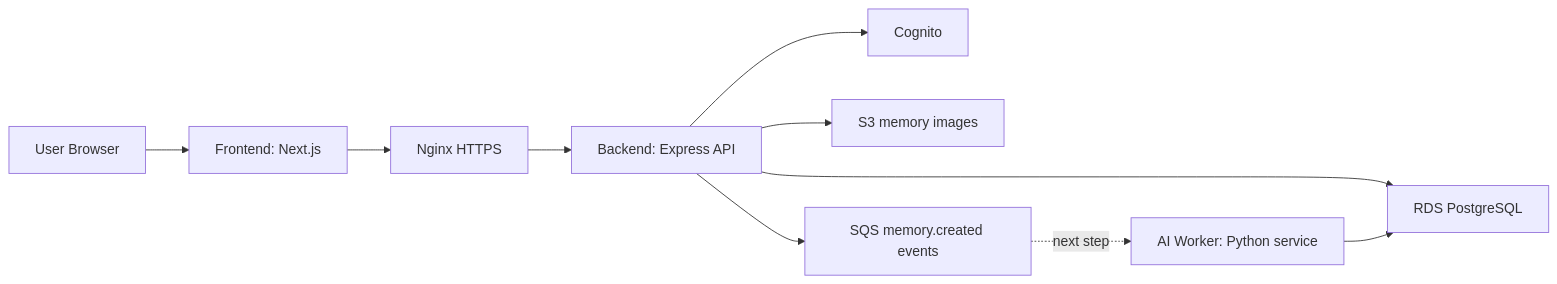
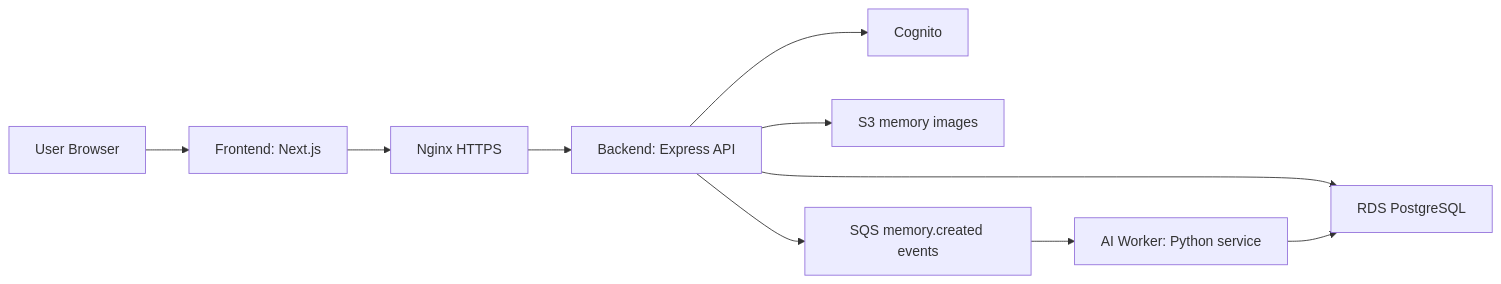
Before and after one commit to jungho970720-sketch/Moodot-cloud: the diagram in docs/architecture.md, drawn with Mermaid. The commit also changed other lines of this file and 12 other files, not shown here.

````diff
--- a/docs/architecture.md
+++ b/docs/architecture.md
@@ -13,12 +13,12 @@
 ```mermaid
 flowchart LR
     U["User Browser"] --> FE["Frontend: Next.js"]
     FE --> NX["Nginx HTTPS"]
     NX --> BE["Backend: Express API"]
     BE --> CG["Cognito"]
     BE --> RDS["RDS PostgreSQL"]
     BE --> S3["S3 memory images"]
     BE --> SQS["SQS memory.created events"]
-    SQS -. "next step" .-> AI["AI Worker: Python service"]
+    SQS --> AI["AI Worker: Python service"]
     AI --> RDS
 ```
````
